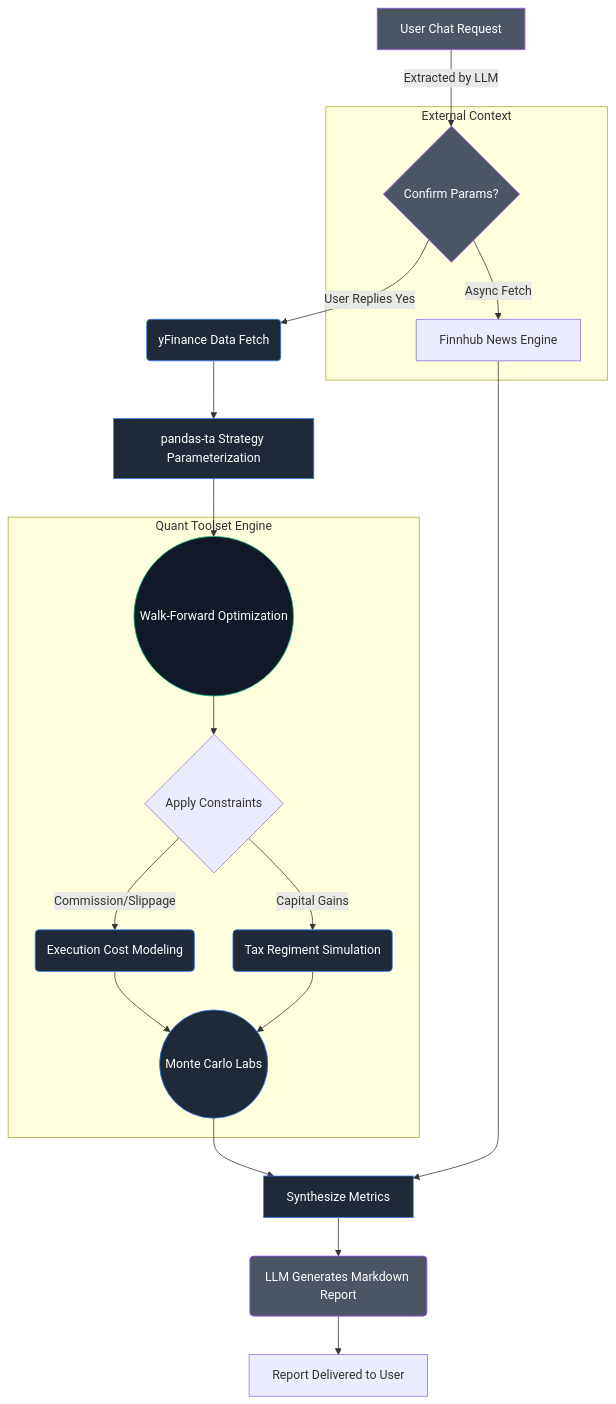
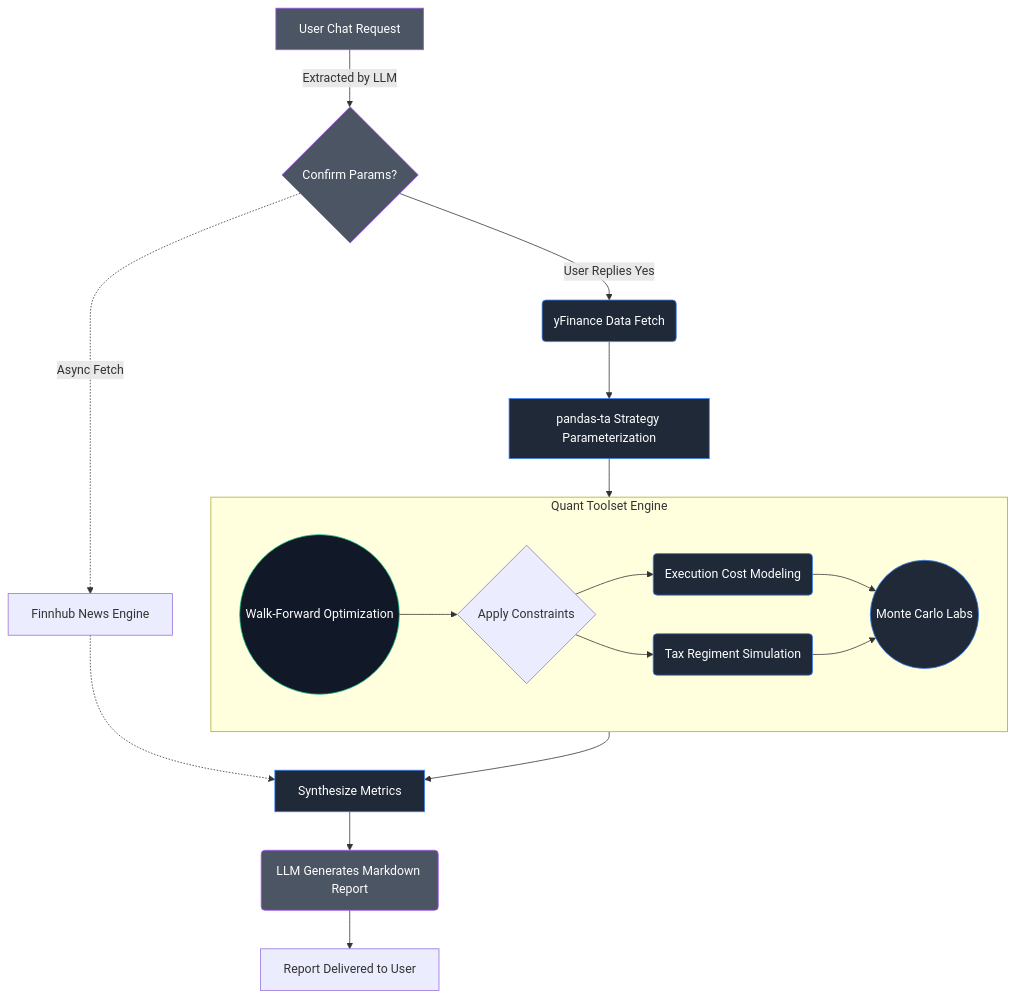
One commit to samwasted/black-swan-agent changed the diagram in a2a-black-swan-agent/README.md. Above: the diagram before and after it, drawn with Mermaid. The commit also changed 1 other file, not shown here.

````diff
--- a/a2a-black-swan-agent/README.md
+++ b/a2a-black-swan-agent/README.md
@@ -93,31 +93,32 @@
 ```mermaid
 graph TD
     A[User Chat Request] -->|Extracted by LLM| B{Confirm Params?}
+    
     B -->|User Replies Yes| C(yFinance Data Fetch)
+    B -.->|Async Fetch| J[Finnhub News Engine]
+    
     C --> D[pandas-ta Strategy Parameterization]
     D --> E((Walk-Forward Optimization))
     
     subgraph Quant Toolset Engine
-    E --> F{Apply Constraints}
-    F -->|Commission/Slippage| G(Execution Cost Modeling)
-    F -->|Capital Gains| H(Tax Regiment Simulation)
-    G & H --> I((Monte Carlo Labs))
-    end
-    
-    subgraph External Context
-    B -->|Async Fetch| J[Finnhub News Engine]
+        direction LR
+        E --> F{Apply Constraints}
+        F --> G(Execution Cost Modeling)
+        F --> H(Tax Regiment Simulation)
+        G & H --> I((Monte Carlo Labs))
     end
 
     I --> K[Synthesize Metrics]
-    J --> K
+    J -.-> K
+    
     K --> L(LLM Generates Markdown Report)
     L --> Z[Report Delivered to User]
 
     classDef core fill:#1f2937,stroke:#3b82f6,color:#fff
     classDef opt fill:#111827,stroke:#10b981,color:#fff
     classDef LLM fill:#4b5563,stroke:#a855f7,color:#fff
 
     class C,D,G,H,I,K core
     class E opt
     class A,B,L LLM
 ```
````
